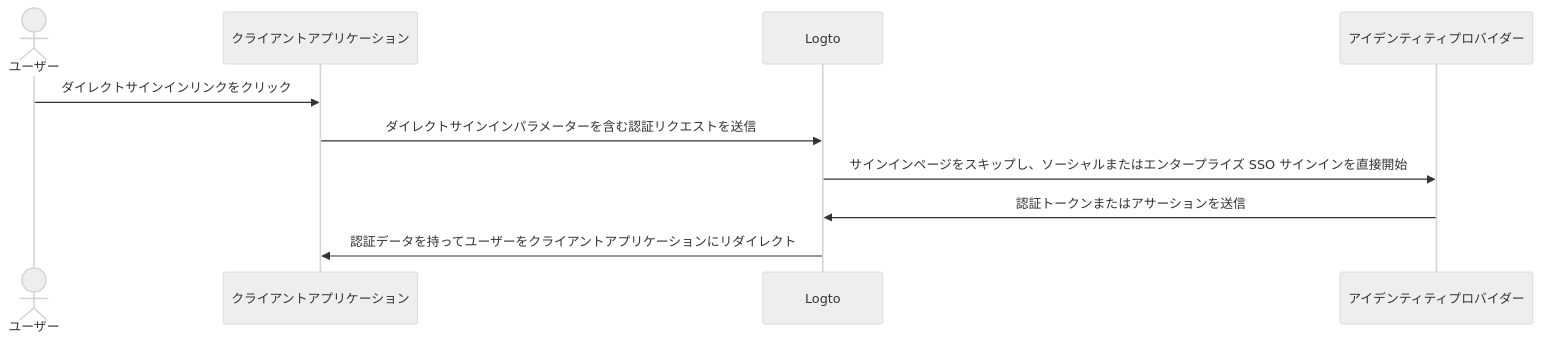
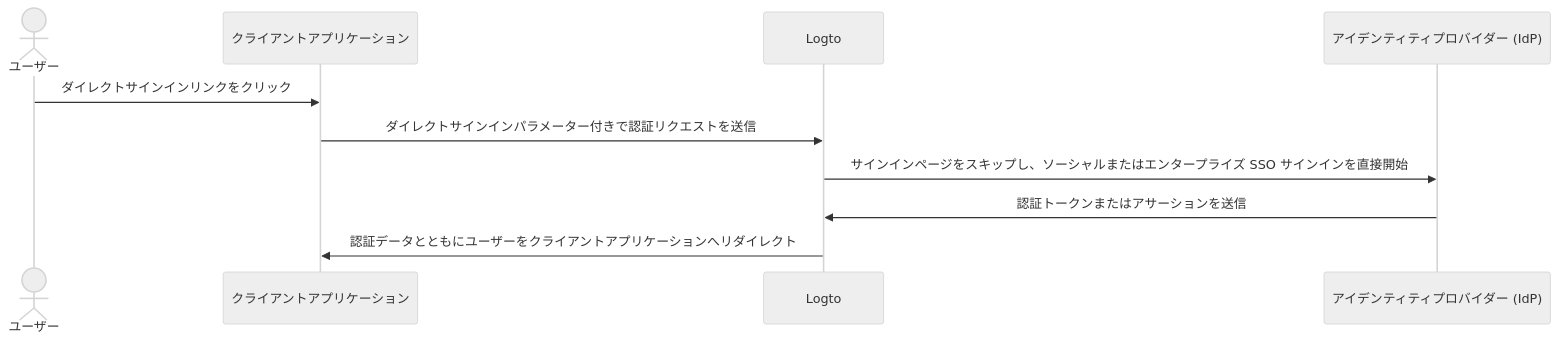
One commit to logto-io/docs changed the diagram in i18n/ja/docusaurus-plugin-content-docs/current/end-user-flows/authentication-parameters/direct-sign-in.mdx. Above: the diagram before and after it, drawn with Mermaid (neutral theme). The commit also changed other lines of this file and 63 other files, not shown here.

````diff
--- a/i18n/ja/docusaurus-plugin-content-docs/current/end-user-flows/authentication-parameters/direct-sign-in.mdx
+++ b/i18n/ja/docusaurus-plugin-content-docs/current/end-user-flows/authentication-parameters/direct-sign-in.mdx
@@ -11,13 +11,13 @@
 ```mermaid
 sequenceDiagram
     actor user as ユーザー
     participant app as クライアントアプリケーション
     participant logto as Logto
-    participant idp as アイデンティティプロバイダー
+    participant idp as アイデンティティプロバイダー (IdP)
 
     user->>app: ダイレクトサインインリンクをクリック
-    app->>logto: ダイレクトサインインパラメーターを含む認証リクエストを送信
+    app->>logto: ダイレクトサインインパラメーター付きで認証リクエストを送信
     logto->>idp: サインインページをスキップし、ソーシャルまたはエンタープライズ SSO サインインを直接開始
     idp->>logto: 認証トークンまたはアサーションを送信
-    logto->>app: 認証データを持ってユーザーをクライアントアプリケーションにリダイレクト
+    logto->>app: 認証データとともにユーザーをクライアントアプリケーションへリダイレクト
 ```
````
